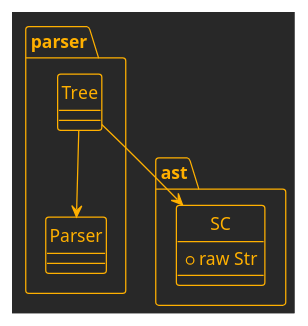
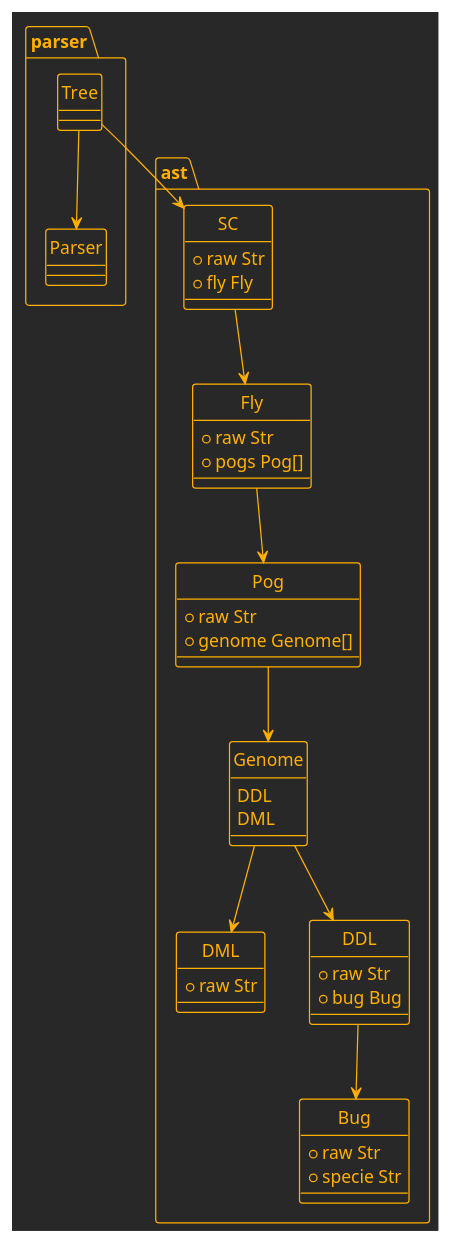
One commit to sc-land/dsl changed the diagram in doc/ast.puml. Above: the diagram before and after it, drawn with PlantUML. The commit also changed 1 other file, not shown here.

Commit message:
feat: estrutura básica da árvore sintática abstrata (AST) com diagramas UML

```diff
--- a/doc/ast.puml
+++ b/doc/ast.puml
@@ -1,20 +1,62 @@
 @startuml
 !theme crt-amber
 
 hide circle
 
 package ast {
     class SC {
         +raw Str
+        +fly Fly
+    }
+
+    class Fly {
+        +raw Str
+        +pogs Pog[]
+    }
+
+    class Pog {
+        +raw Str
+        +genome Genome[]
+    }
+
+    enum Genome {
+        DDL
+        DML
+    }
+
+    class DML {
+        +raw Str
+
+    }
+
+    class DDL {
+        +raw Str
+        +bug Bug
+    }
+
+    class Bug {
+        +raw Str
+        +specie Str
     }
 }
 
 package parser {
     class Parser
     class Tree
 }
 
 parser.Tree --> ast.SC
 parser.Tree --> parser.Parser
 
+ast.SC --> ast.Fly
+
+ast.Fly --> ast.Pog
+
+ast.Pog --> ast.Genome
+
+ast.Genome --> ast.DDL
+ast.Genome --> ast.DML
+
+ast.DDL --> ast.Bug
+
 @enduml
```
